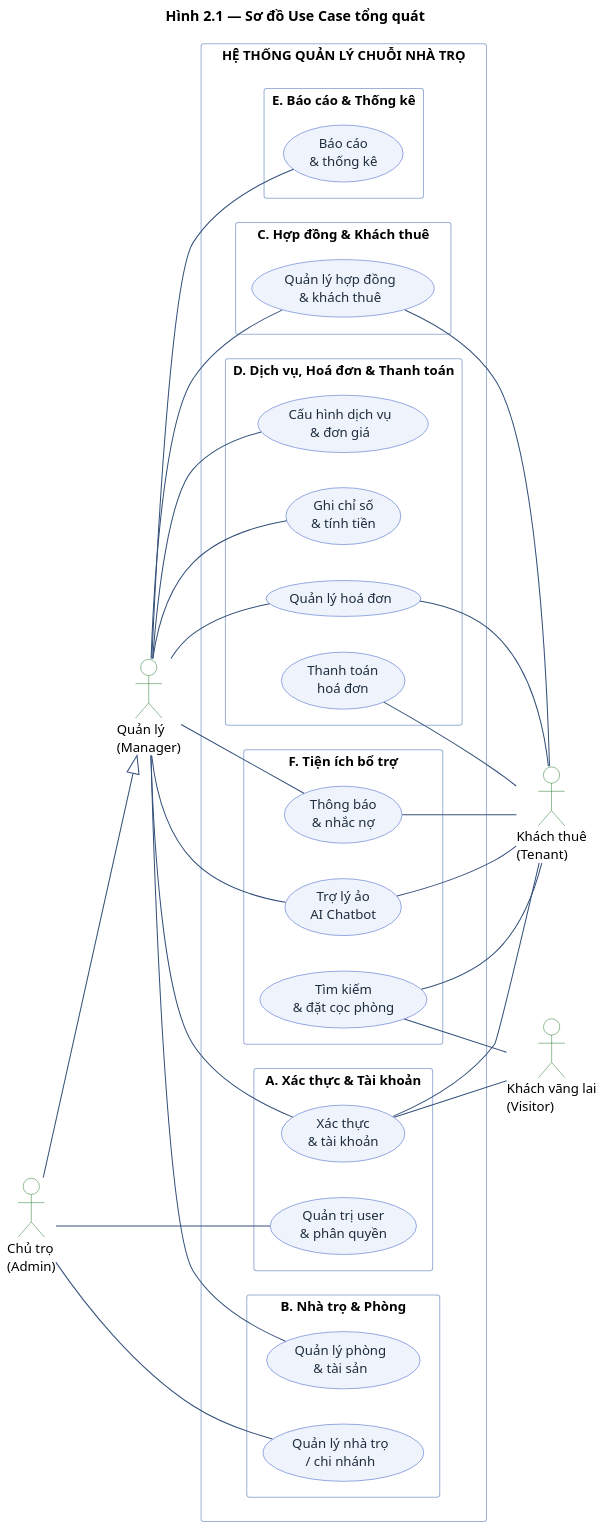
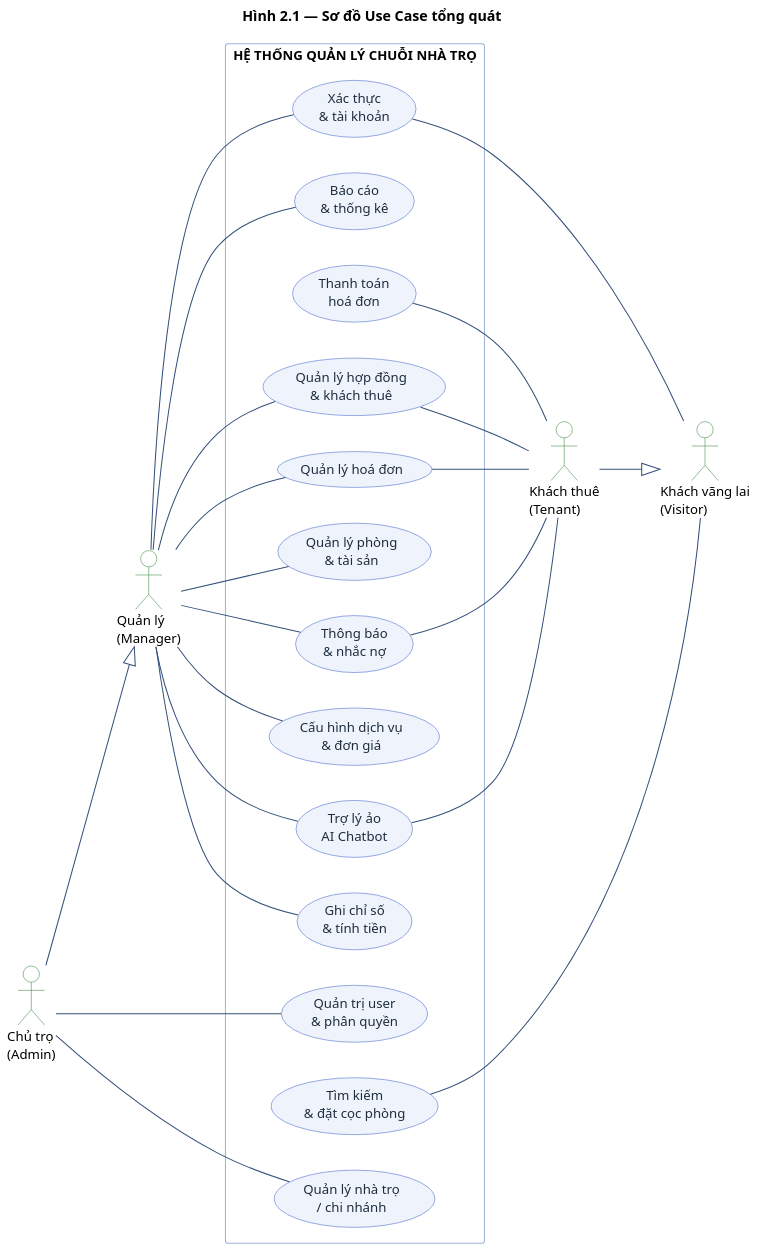
One commit to DiepTuHuy/Hostel_Management changed the diagram in docs/diagrams/2.01_uc_overall.puml. Above: the diagram before and after it, drawn with PlantUML. The commit also changed 18 other files, not shown here.

Commit message:
Triển khai tính năng xóa tài khoản người dùng thực tế cho Admin: bổ sung API DELETE /api/users/:id ở backend xử lý cascade và liên kết gọi API ở frontend

```diff
--- a/docs/diagrams/2.01_uc_overall.puml
+++ b/docs/diagrams/2.01_uc_overall.puml
@@ -1,85 +1,75 @@
 @startuml UC_Overall
 title Hình 2.1 — Sơ đồ Use Case tổng quát
 skinparam dpi 150
 skinparam shadowing false
 skinparam defaultFontName "Segoe UI"
 skinparam defaultFontSize 13
 skinparam packageStyle rectangle
 skinparam ArrowColor #34507A
 skinparam packageBackgroundColor #FFFFFF
 skinparam packageBorderColor #9DB2D6
 skinparam usecase {
   BackgroundColor #EEF3FC
   BorderColor #3A5BC7
   FontColor #1F2D3D
 }
 skinparam actor {
   BackgroundColor #FFFFFF
   BorderColor #2E7D32
 }
 left to right direction
 
 actor "Chủ trọ\n(Admin)"        as Owner
 actor "Quản lý\n(Manager)"      as Manager
 actor "Khách thuê\n(Tenant)"    as Tenant
 actor "Khách vãng lai\n(Visitor)" as Visitor
 
 rectangle "HỆ THỐNG QUẢN LÝ CHUỖI NHÀ TRỌ" {
 
-  package "A. Xác thực & Tài khoản" {
+  
     usecase "Xác thực\n& tài khoản"        as UC_Auth
     usecase "Quản trị user\n& phân quyền"  as UC_Sys
-  }
-  package "B. Nhà trọ & Phòng" {
+  
     usecase "Quản lý nhà trọ\n/ chi nhánh"  as UC_Branch
     usecase "Quản lý phòng\n& tài sản"      as UC_Room
-  }
-  package "C. Hợp đồng & Khách thuê" {
     usecase "Quản lý hợp đồng\n& khách thuê" as UC_Contract
-  }
-  package "D. Dịch vụ, Hoá đơn & Thanh toán" {
     usecase "Cấu hình dịch vụ\n& đơn giá"  as UC_Service
     usecase "Ghi chỉ số\n& tính tiền"      as UC_Meter
     usecase "Quản lý hoá đơn"              as UC_Invoice
     usecase "Thanh toán\nhoá đơn"          as UC_Payment
-  }
-  package "E. Báo cáo & Thống kê" {
     usecase "Báo cáo\n& thống kê"          as UC_Report
-  }
-  package "F. Tiện ích bổ trợ" {
     usecase "Thông báo\n& nhắc nợ"         as UC_Notify
     usecase "Tìm kiếm\n& đặt cọc phòng"    as UC_Search
     usecase "Trợ lý ảo\nAI Chatbot"        as UC_Chat
   }
-}
+
 
 ' ── Kế thừa: Chủ trọ có TOÀN BỘ chức năng của Quản lý + quyền quản trị riêng
 Owner --|> Manager
 Owner   -- UC_Sys
 Owner   -- UC_Branch
+Tenant --|> Visitor
 
 ' ── Quản lý (Manager): vận hành các cơ sở được phân công
 Manager -- UC_Auth
 Manager -- UC_Room
 Manager -- UC_Contract
 Manager -- UC_Service
 Manager -- UC_Meter
 Manager -- UC_Invoice
 Manager -- UC_Notify
 Manager -- UC_Report
 Manager -- UC_Chat
 
 ' ── Khách thuê (Tenant)
-UC_Auth     -- Tenant
 UC_Invoice  -- Tenant
 UC_Payment  -- Tenant
 UC_Contract -- Tenant
 UC_Notify   -- Tenant
-UC_Search   -- Tenant
 UC_Chat     -- Tenant
 
 ' ── Khách vãng lai (Visitor): tìm phòng, đặt cọc và đăng ký tài khoản
 UC_Search -- Visitor
 UC_Auth   -- Visitor
 
 @enduml
```
